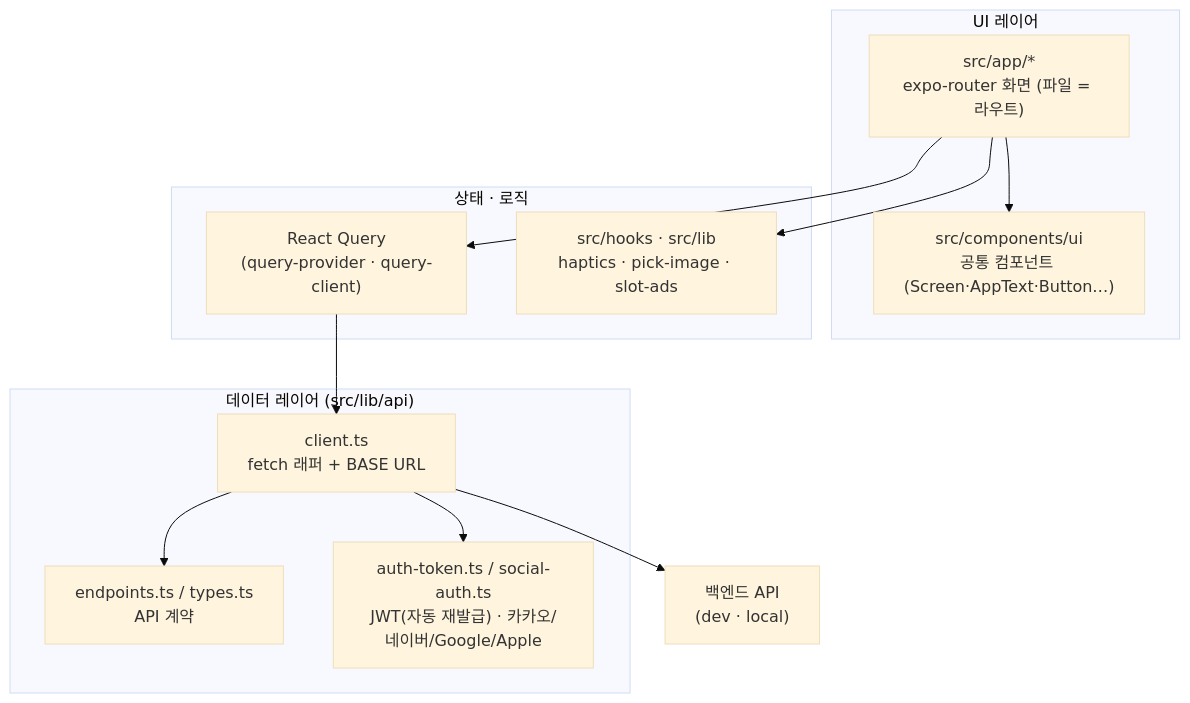
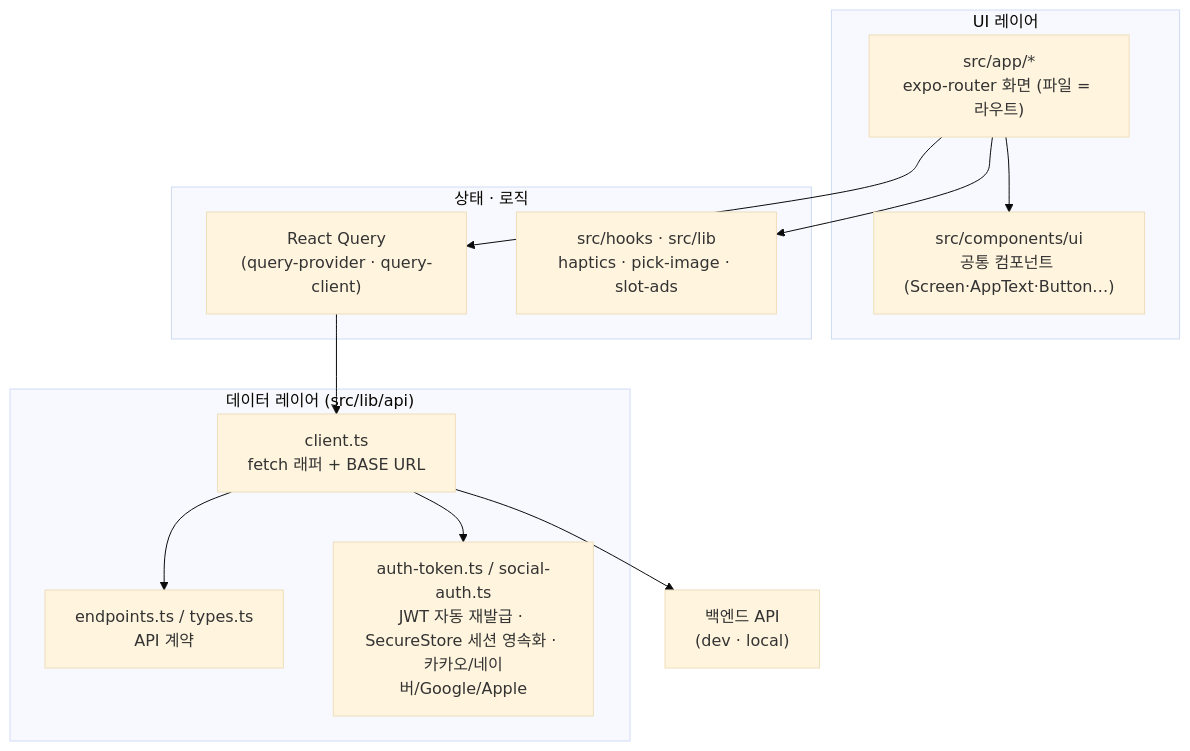
The second of 2 diagrams in README.md (swyp-app-6-team-2/frontend), drawn with Mermaid (base theme) before and after one commit. The commit also changed other lines of this file, not shown here.

````diff
--- a/README.md
+++ b/README.md
@@ -98,25 +98,25 @@
 ```mermaid
 graph TD
   subgraph "UI 레이어"
     R["src/app/*<br/>expo-router 화면 (파일 = 라우트)"]
     C["src/components/ui<br/>공통 컴포넌트 (Screen·AppText·Button…)"]
   end
   subgraph "상태 · 로직"
     Q["React Query<br/>(query-provider · query-client)"]
     H["src/hooks · src/lib<br/>haptics · pick-image · slot-ads"]
   end
   subgraph "데이터 레이어 (src/lib/api)"
     CL["client.ts<br/>fetch 래퍼 + BASE URL"]
     EP["endpoints.ts / types.ts<br/>API 계약"]
-    AT["auth-token.ts / social-auth.ts<br/>JWT(자동 재발급) · 카카오/네이버/Google/Apple"]
+    AT["auth-token.ts / social-auth.ts<br/>JWT 자동 재발급 · SecureStore 세션 영속화 · 카카오/네이버/Google/Apple"]
   end
   BE["백엔드 API<br/>(dev · local)"]
 
   R --> C
   R --> Q
   R --> H
   Q --> CL
   CL --> EP
   CL --> AT
   CL --> BE
 ```
````
